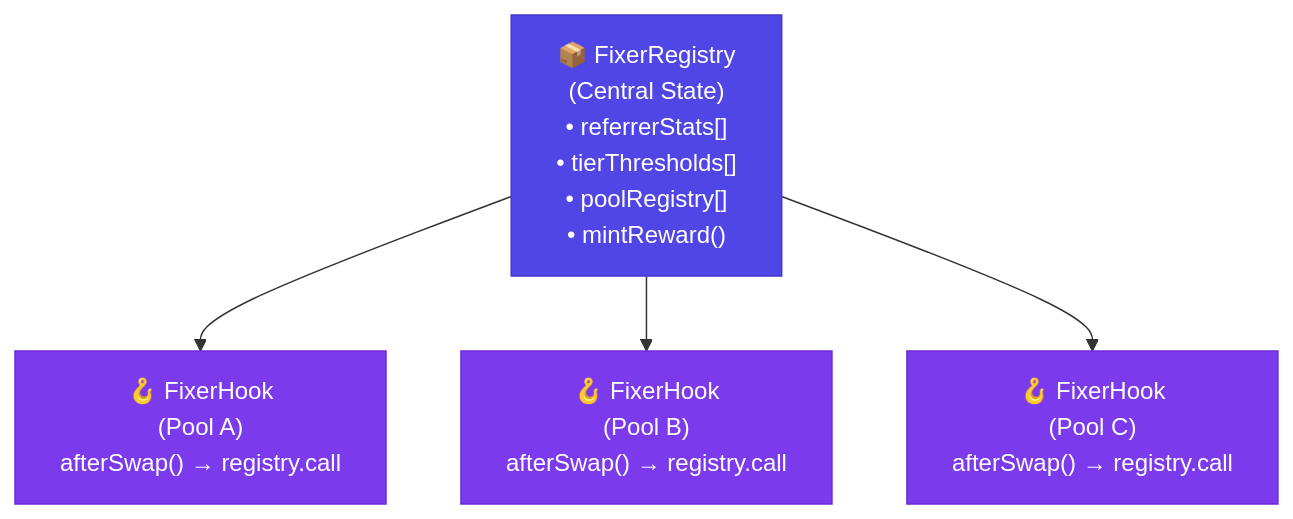
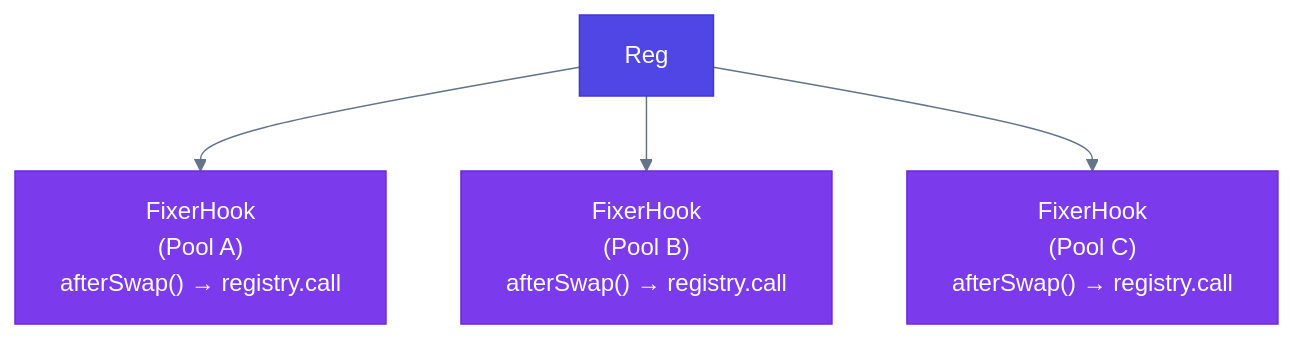
Before and after one commit to guglxni/the-fixer-hook: the first of 3 diagrams in docs/FUTURE_ENHANCEMENTS.md, drawn with Mermaid. The commit also changed other lines of this file and 514 other files, not shown here.

Commit message:
Clean docs: remove emojis, add professional mermaid styling

````diff
--- a/docs/FUTURE_ENHANCEMENTS.md
+++ b/docs/FUTURE_ENHANCEMENTS.md
@@ -457,12 +457,11 @@
 ```mermaid
+%%{init: {'theme': 'neutral', 'themeVariables': { 'primaryColor': '#2563eb', 'primaryTextColor': '#1e293b', 'primaryBorderColor': '#3b82f6', 'lineColor': '#64748b', 'secondaryColor': '#f1f5f9', 'tertiaryColor': '#e2e8f0'}}}%%
 flowchart TD
-    Reg["📦 FixerRegistry\n(Central State)\n• referrerStats[]\n• tierThresholds[]\n• poolRegistry[]\n• mintReward()"]
-    Reg --> HA["🪝 FixerHook\n(Pool A)\nafterSwap() → registry.call"]
-    Reg --> HB["🪝 FixerHook\n(Pool B)\nafterSwap() → registry.call"]
-    Reg --> HC["🪝 FixerHook\n(Pool C)\nafterSwap() → registry.call"]
-
+    Reg --> HA[" FixerHook\n(Pool A)\nafterSwap() → registry.call"]
+    Reg --> HB[" FixerHook\n(Pool B)\nafterSwap() → registry.call"]
+    Reg --> HC[" FixerHook\n(Pool C)\nafterSwap() → registry.call"]
     style Reg fill:#4F46E5,color:#FFFFFF,stroke:#4338CA
     style HA fill:#7C3AED,color:#FFFFFF,stroke:#6D28D9
     style HB fill:#7C3AED,color:#FFFFFF,stroke:#6D28D9
     style HC fill:#7C3AED,color:#FFFFFF,stroke:#6D28D9
 ```
````
